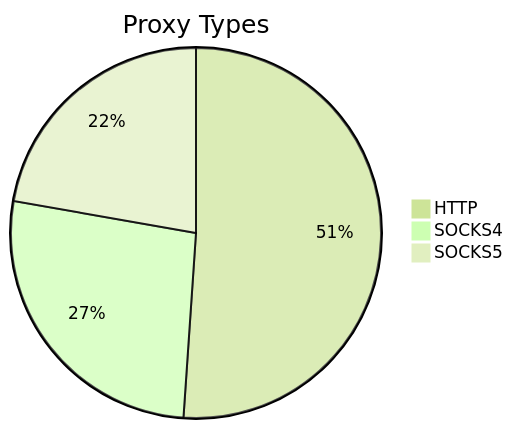
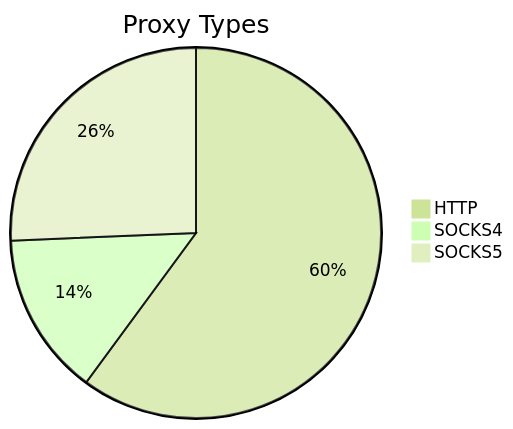
The first of 2 diagrams in README.md (stormsia/proxy-list), drawn with Mermaid (forest theme) before and after one commit. The commit also changed other lines of this file, not shown here.

````diff
--- a/README.md
+++ b/README.md
@@ -21,6 +21,6 @@
 ```mermaid
 pie title Proxy Types
-    "HTTP" : 379
-    "SOCKS4" : 198
-    "SOCKS5" : 165
+    "HTTP" : 274
+    "SOCKS4" : 65
+    "SOCKS5" : 117
 ```
````
